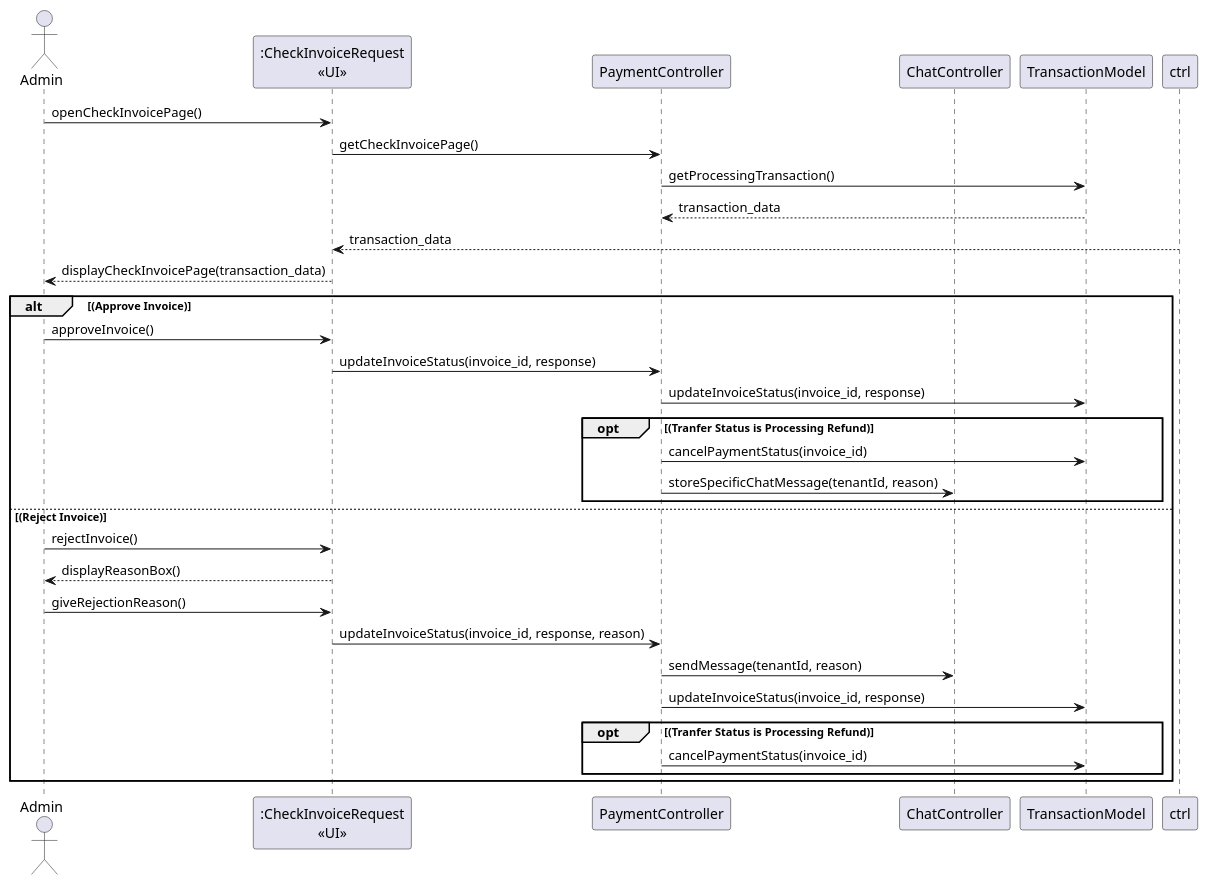
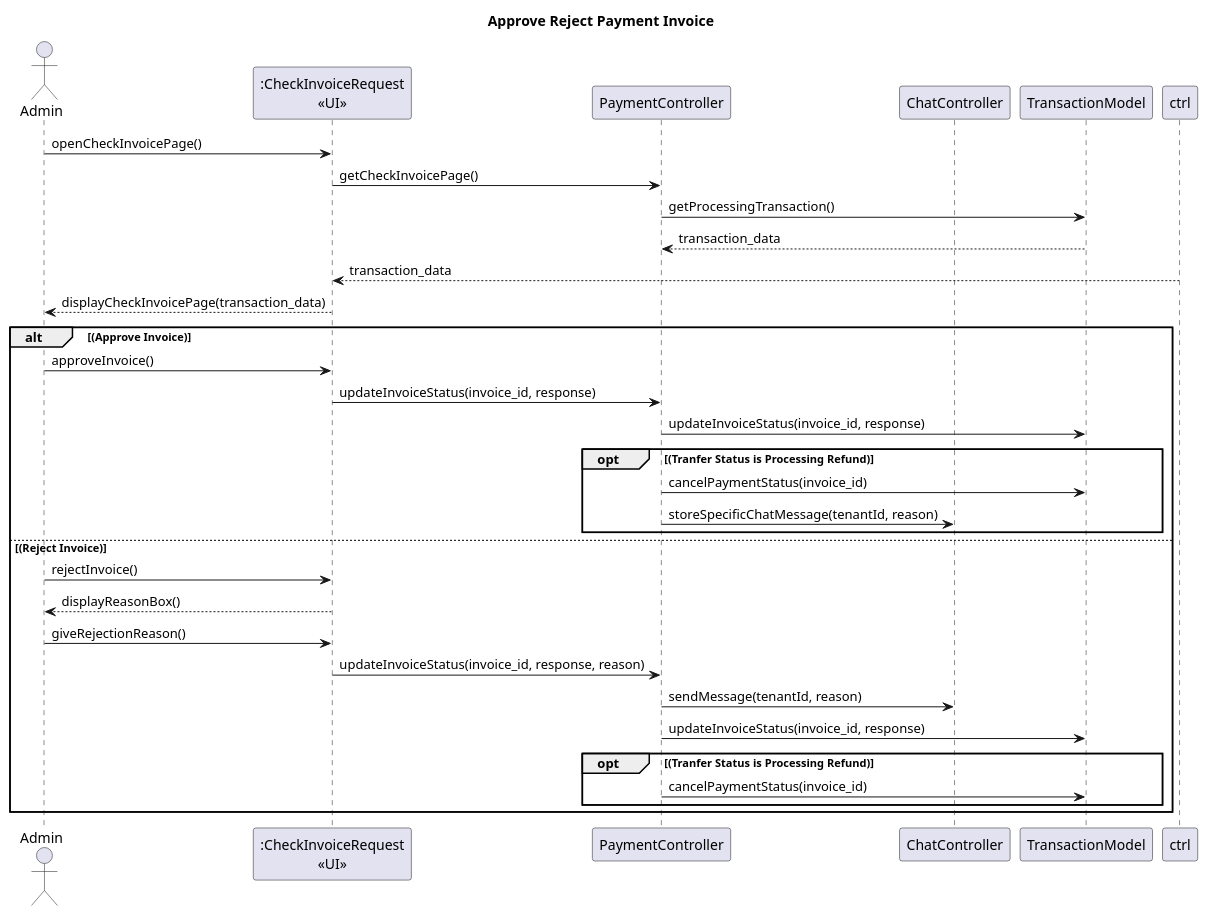
Before and after one commit to AntWort21/BHFMS: the diagram in Design/BHFMS_SEQUENCE/Admin/Payment/Approve Reject Payment Invoice.puml, drawn with PlantUML. The commit also changed 23 other files, not shown here.

```diff
--- a/Design/BHFMS_SEQUENCE/Admin/Payment/Approve Reject Payment Invoice.puml
+++ b/Design/BHFMS_SEQUENCE/Admin/Payment/Approve Reject Payment Invoice.puml
@@ -1,36 +1,37 @@
 @startuml
+title Approve Reject Payment Invoice
 actor "Admin" as act
 participant ":CheckInvoiceRequest\n<<UI>>" as view
 participant PaymentController as pctrl
 participant ChatController as cctrl
 participant TransactionModel as tm
 
 act -> view : openCheckInvoicePage()
 view -> pctrl : getCheckInvoicePage()
 pctrl -> tm : getProcessingTransaction()
 pctrl <-- tm : transaction_data
 view <-- ctrl : transaction_data
 act <-- view : displayCheckInvoicePage(transaction_data) 
 alt (Approve Invoice)
     act -> view : approveInvoice()
     view -> pctrl : updateInvoiceStatus(invoice_id, response)
     pctrl -> tm : updateInvoiceStatus(invoice_id, response)
 
     opt (Tranfer Status is Processing Refund)
         pctrl -> tm : cancelPaymentStatus(invoice_id)
         pctrl -> cctrl : storeSpecificChatMessage(tenantId, reason)
     end
 else (Reject Invoice)
     act -> view : rejectInvoice()
     act <-- view : displayReasonBox()
     act -> view : giveRejectionReason()
     
     view -> pctrl : updateInvoiceStatus(invoice_id, response, reason)
     pctrl -> cctrl : sendMessage(tenantId, reason)
     pctrl -> tm : updateInvoiceStatus(invoice_id, response)
 
     opt (Tranfer Status is Processing Refund)
         pctrl -> tm : cancelPaymentStatus(invoice_id)
     end
 end
 @enduml
```
